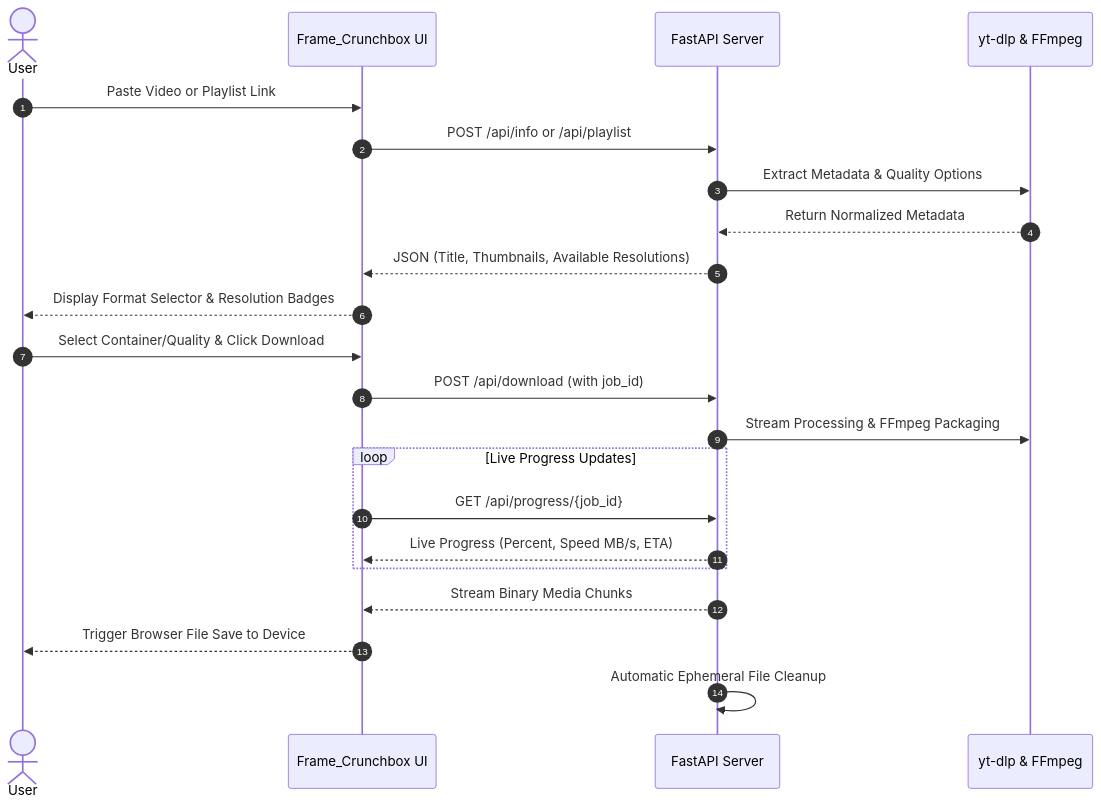
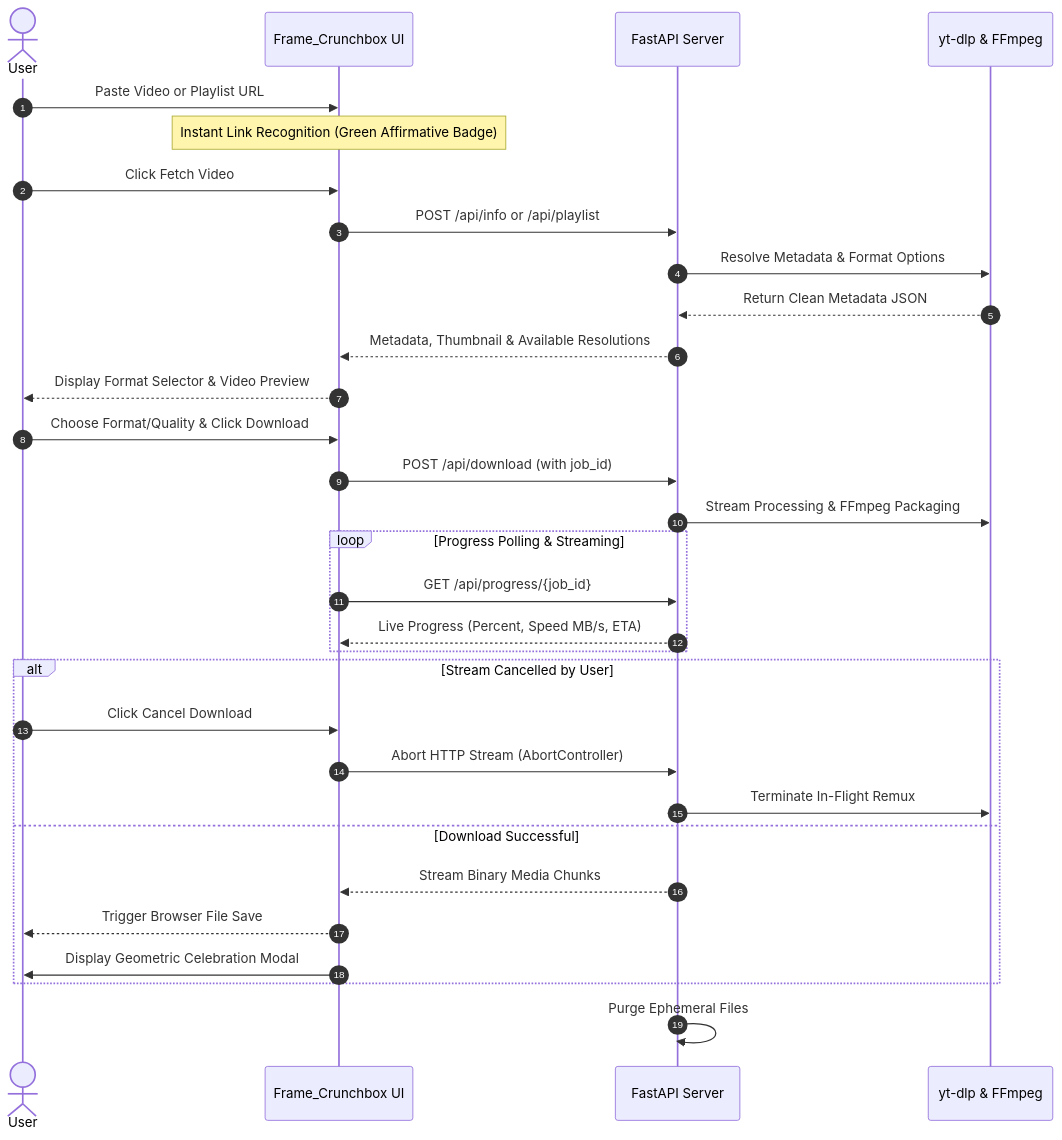
One commit to ayushshaury/Frame-Crunchbox changed the second of 2 diagrams in README.md. Above: the diagram before and after it, drawn with Mermaid. The commit also changed other lines of this file and 2 other files, not shown here.

````diff
--- a/README.md
+++ b/README.md
@@ -52,28 +56,38 @@
 ```mermaid
 sequenceDiagram
     autonumber
     actor User as User
     participant UI as Frame_Crunchbox UI
     participant Backend as FastAPI Server
     participant Engine as yt-dlp & FFmpeg
 
-    User->>UI: Paste Video or Playlist Link
+    User->>UI: Paste Video or Playlist URL
+    Note over UI: Instant Link Recognition (Green Affirmative Badge)
+    User->>UI: Click Fetch Video
     UI->>Backend: POST /api/info or /api/playlist
-    Backend->>Engine: Extract Metadata & Quality Options
-    Engine-->>Backend: Return Normalized Metadata
-    Backend-->>UI: JSON (Title, Thumbnails, Available Resolutions)
-    UI-->>User: Display Format Selector & Resolution Badges
+    Backend->>Engine: Resolve Metadata & Format Options
+    Engine-->>Backend: Return Clean Metadata JSON
+    Backend-->>UI: Metadata, Thumbnail & Available Resolutions
+    UI-->>User: Display Format Selector & Video Preview
 
-    User->>UI: Select Container/Quality & Click Download
+    User->>UI: Choose Format/Quality & Click Download
     UI->>Backend: POST /api/download (with job_id)
     Backend->>Engine: Stream Processing & FFmpeg Packaging
 
-    loop Live Progress Updates
+    loop Progress Polling & Streaming
         UI->>Backend: GET /api/progress/{job_id}
         Backend-->>UI: Live Progress (Percent, Speed MB/s, ETA)
     end
 
-    Backend-->>UI: Stream Binary Media Chunks
-    UI-->>User: Trigger Browser File Save to Device
-    Backend->>Backend: Automatic Ephemeral File Cleanup
+    alt Stream Cancelled by User
+        User->>UI: Click Cancel Download
+        UI->>Backend: Abort HTTP Stream (AbortController)
+        Backend->>Engine: Terminate In-Flight Remux
+    else Download Successful
+        Backend-->>UI: Stream Binary Media Chunks
+        UI-->>User: Trigger Browser File Save
+        UI->>User: Display Geometric Celebration Modal
+    end
+
+    Backend->>Backend: Purge Ephemeral Files
 ```
````
